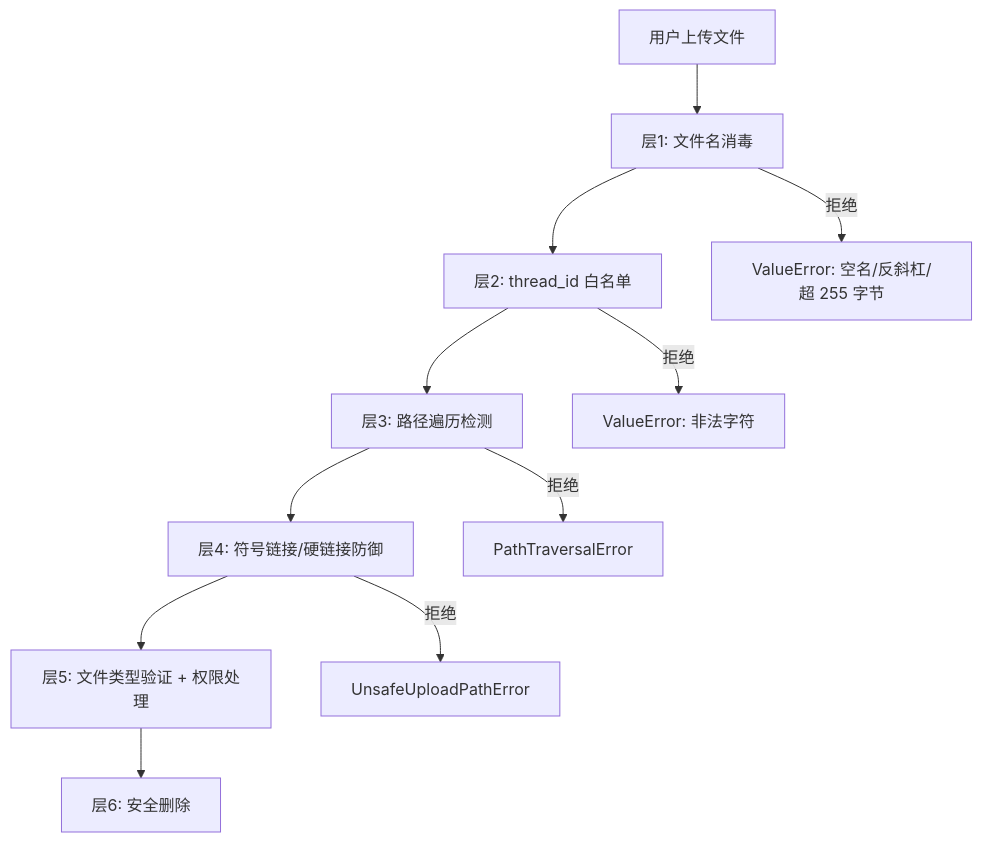
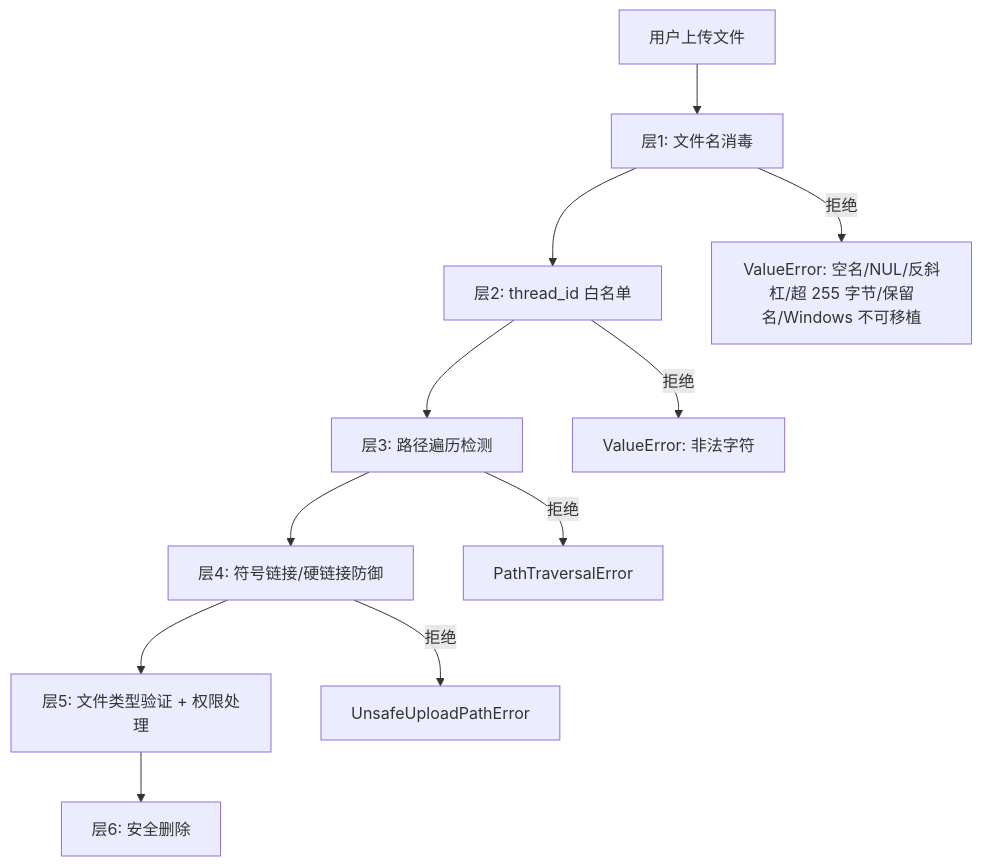
Before and after one commit to ethan-jiang-1/deer-flow: the first of 4 diagrams in _digested/operations/app-layer/02-upload-security.md, drawn with Mermaid. The commit also changed other lines of this file and 136 other files, not shown here.

````diff
--- a/_digested/operations/app-layer/02-upload-security.md
+++ b/_digested/operations/app-layer/02-upload-security.md
@@ -39,14 +52,14 @@
 ```mermaid
 flowchart TD
     A[用户上传文件] --> B[层1: 文件名消毒]
     B --> C[层2: thread_id 白名单]
     C --> D[层3: 路径遍历检测]
     D --> E[层4: 符号链接/硬链接防御]
     E --> F[层5: 文件类型验证 + 权限处理]
     F --> G[层6: 安全删除]
 
-    B -->|拒绝| X1[ValueError: 空名/反斜杠/超 255 字节]
+    B -->|拒绝| X1[ValueError: 空名/NUL/反斜杠/超 255 字节/保留名/Windows 不可移植]
     C -->|拒绝| X2[ValueError: 非法字符]
     D -->|拒绝| X3[PathTraversalError]
     E -->|拒绝| X4[UnsafeUploadPathError]
 ```
````
